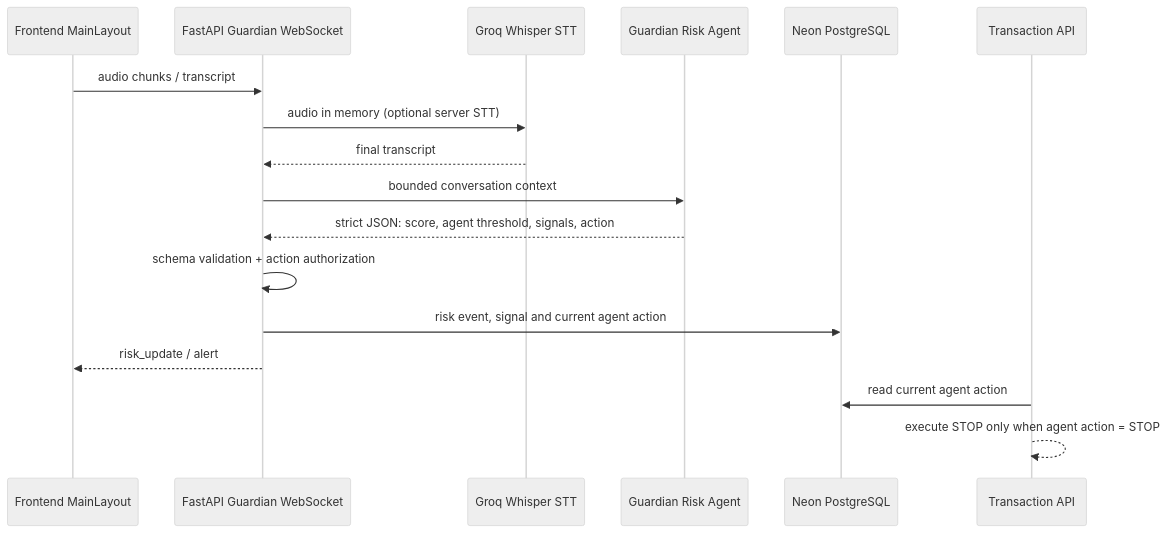
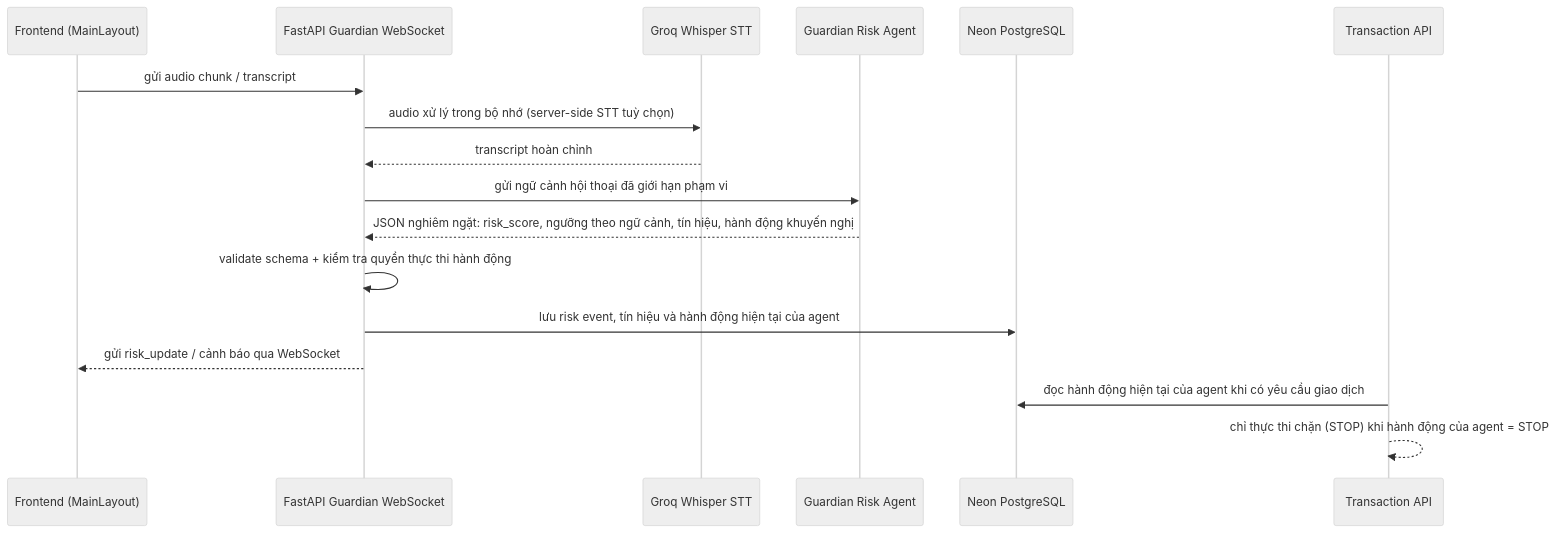
One commit to ngovan15121977-bit/Anti-Scam-Demo changed the second of 4 diagrams in ARCHITECTURE.md. Above: the diagram before and after it, drawn with Mermaid (neutral theme). The commit also changed other lines of this file and 39 other files, not shown here.

````diff
--- a/ARCHITECTURE.md
+++ b/ARCHITECTURE.md
@@ -25,19 +50,19 @@
 ```mermaid
 sequenceDiagram
-    participant F as Frontend MainLayout
+    participant F as Frontend (MainLayout)
     participant A as FastAPI Guardian WebSocket
     participant S as Groq Whisper STT
     participant G as Guardian Risk Agent
     participant D as Neon PostgreSQL
     participant T as Transaction API
-    F->>A: audio chunks / transcript
-    A->>S: audio in memory (optional server STT)
-    S-->>A: final transcript
-    A->>G: bounded conversation context
-    G-->>A: strict JSON: score, agent threshold, signals, action
-    A->>A: schema validation + action authorization
-    A->>D: risk event, signal and current agent action
-    A-->>F: risk_update / alert
-    T->>D: read current agent action
-    T-->>T: execute STOP only when agent action = STOP
+    F->>A: gửi audio chunk / transcript
+    A->>S: audio xử lý trong bộ nhớ (server-side STT tuỳ chọn)
+    S-->>A: transcript hoàn chỉnh
+    A->>G: gửi ngữ cảnh hội thoại đã giới hạn phạm vi
+    G-->>A: JSON nghiêm ngặt: risk_score, ngưỡng theo ngữ cảnh, tín hiệu, hành động khuyến nghị
+    A->>A: validate schema + kiểm tra quyền thực thi hành động
+    A->>D: lưu risk event, tín hiệu và hành động hiện tại của agent
+    A-->>F: gửi risk_update / cảnh báo qua WebSocket
+    T->>D: đọc hành động hiện tại của agent khi có yêu cầu giao dịch
+    T-->>T: chỉ thực thi chặn (STOP) khi hành động của agent = STOP
 ```
````
